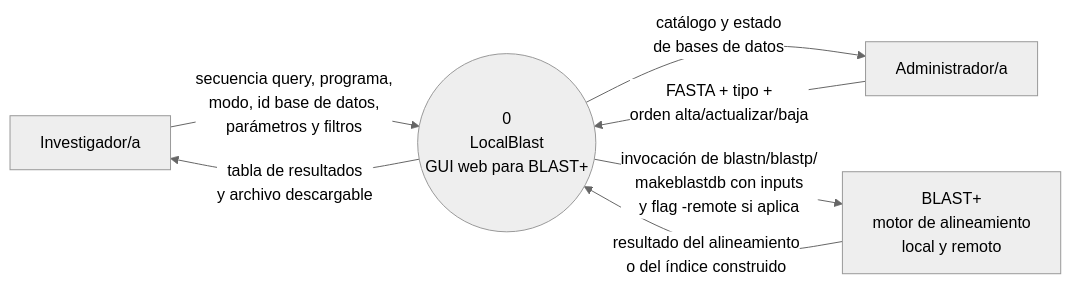
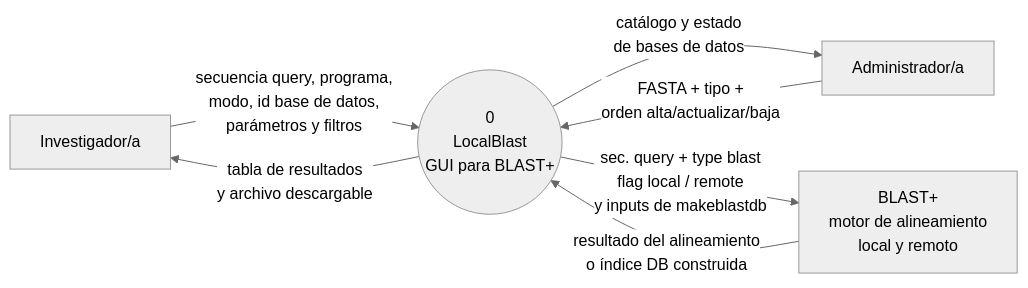
Before and after one commit to agwursten/Secondary-Repo-GUI-Blast: the first of 2 diagrams in docs/architecture/contexto-inicial.md, drawn with Mermaid (neutral theme). The commit also changed other lines of this file and 7 other files, not shown here.

````diff
--- a/docs/architecture/contexto-inicial.md
+++ b/docs/architecture/contexto-inicial.md
@@ -13,18 +5,18 @@
 ```mermaid
 flowchart LR
     INV[Investigador/a]
 
-    P((0<br/>LocalBlast<br/>GUI web para BLAST+))
+    P((0<br/>LocalBlast<br/>GUI para BLAST+))
 
     ADM[Administrador/a]
     BLAST[BLAST+<br/>motor de alineamiento<br/>local y remoto]
 
     INV -->|secuencia query, programa,<br/>modo, id base de datos,<br/>parámetros y filtros| P
     P -->|tabla de resultados<br/>y archivo descargable| INV
 
     ADM -->|FASTA + tipo +<br/>orden alta/actualizar/baja| P
     P -->|catálogo y estado<br/>de bases de datos| ADM
 
-    P -->|invocación de blastn/blastp/<br/>makeblastdb con inputs<br/>y flag -remote si aplica| BLAST
-    BLAST -->|resultado del alineamiento<br/>o del índice construido| P
+    P -->| sec. query + type blast<br/>flag local / remote<br/>y inputs de makeblastdb| BLAST
+    BLAST -->|resultado del alineamiento<br/>o índice DB construida| P
 ```
````
